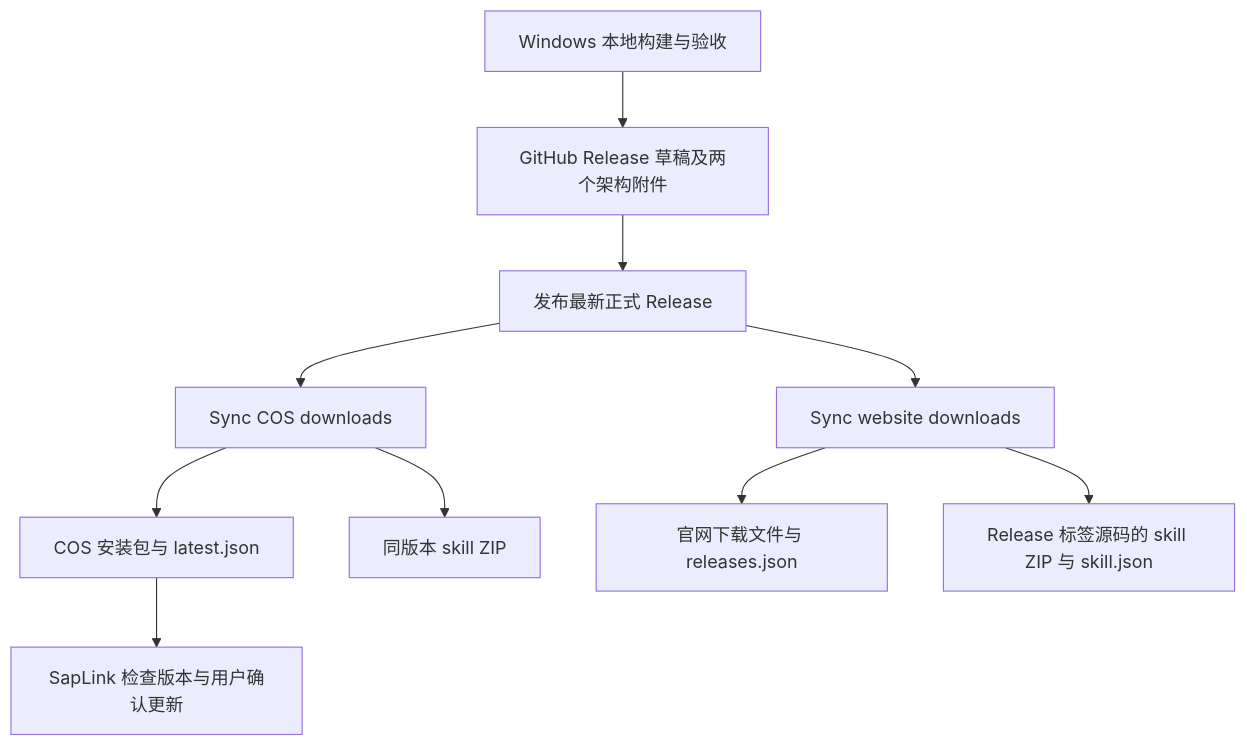
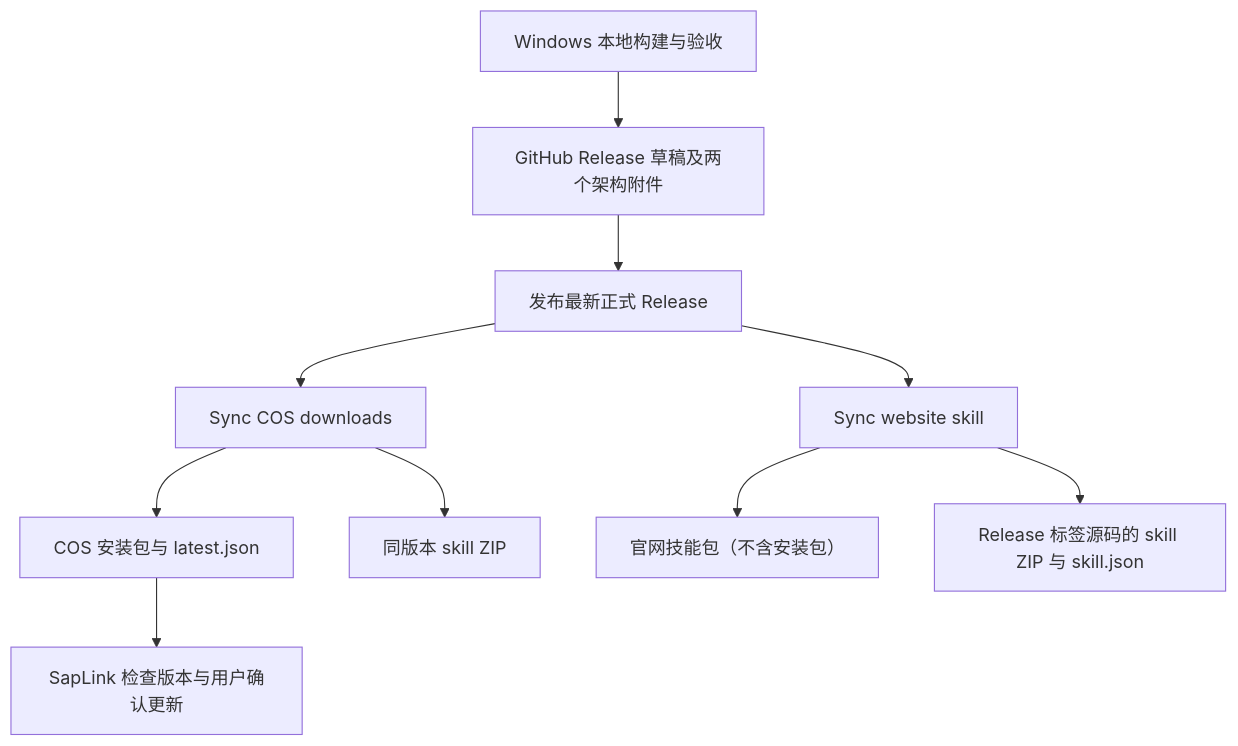
One commit to OneOFF-ive/saplink changed the diagram in docs/releases-and-actions.md. Above: the diagram before and after it, drawn with Mermaid. The commit also changed other lines of this file and 12 other files, not shown here.

First line of the commit message:
feat: Enhance skill management and metadata repair in COS sync workflows

````diff
--- a/docs/releases-and-actions.md
+++ b/docs/releases-and-actions.md
@@ -7,12 +7,12 @@
 ```mermaid
 flowchart TD
     Build[Windows 本地构建与验收] --> Draft[GitHub Release 草稿及两个架构附件]
     Draft --> Release[发布最新正式 Release]
     Release --> COS[Sync COS downloads]
-    Release --> Website[Sync website downloads]
+    Release --> Website[Sync website skill]
     COS --> Manifest[COS 安装包与 latest.json]
     COS --> CosSkill[同版本 skill ZIP]
-    Website --> Downloads[官网下载文件与 releases.json]
+    Website --> Downloads[官网技能包（不含安装包）]
     Website --> Skill[Release 标签源码的 skill ZIP 与 skill.json]
     Manifest --> Client[SapLink 检查版本与用户确认更新]
 ```
````
